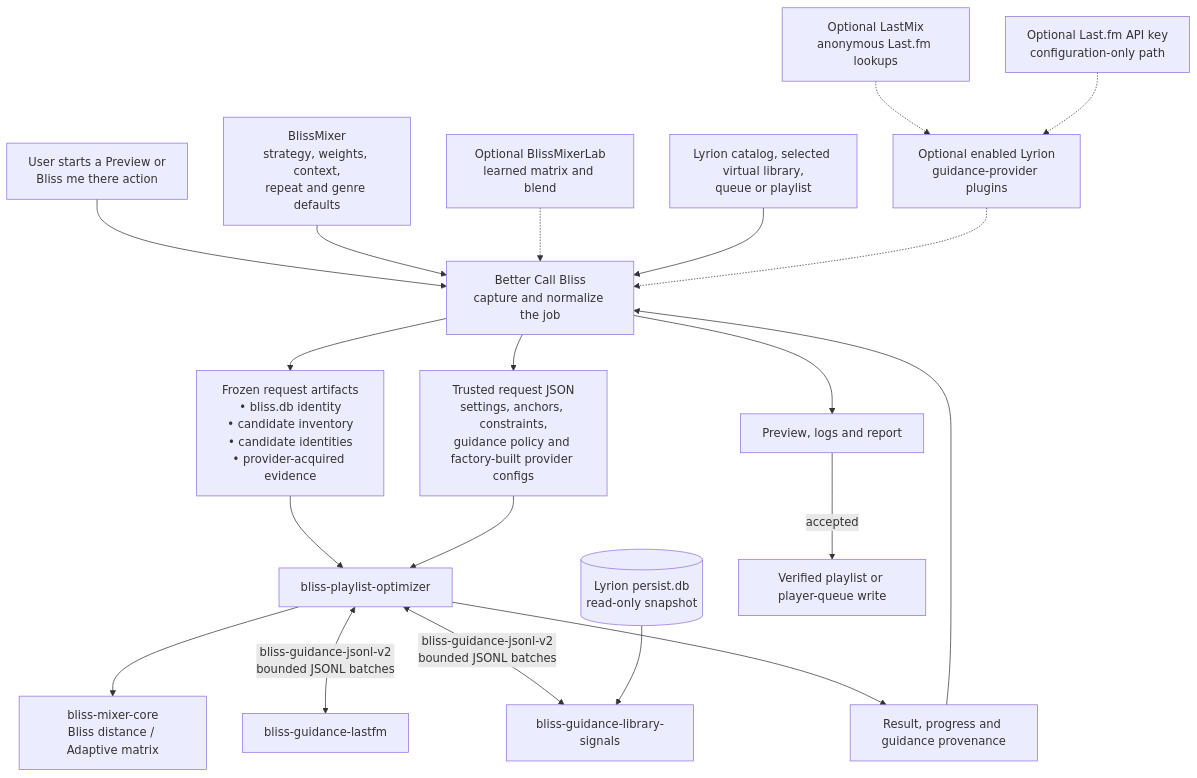
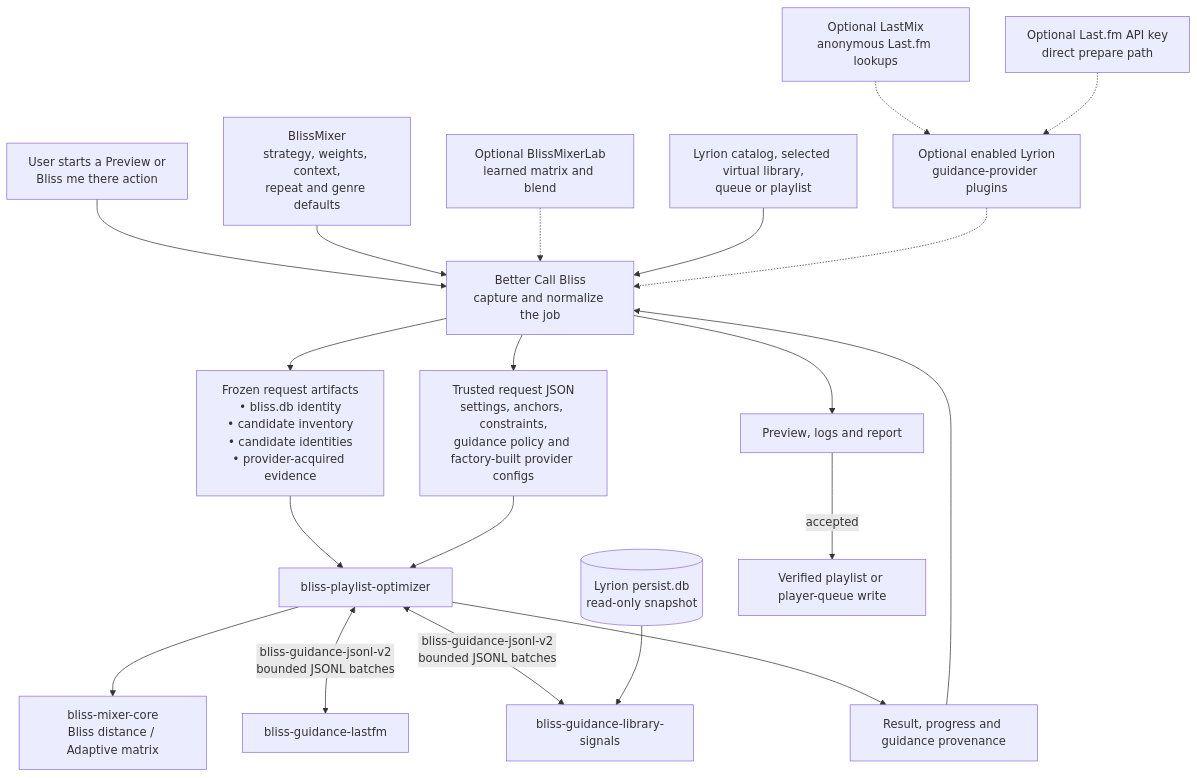
One commit to chrober/lms-better-call-bliss changed the first of 6 diagrams in docs/GUIDANCE_DATA_FLOW.md. Above: the diagram before and after it, drawn with Mermaid. The commit also changed other lines of this file and 4 other files, not shown here.

Commit message:
docs: document direct Last.fm guidance

````diff
--- a/docs/GUIDANCE_DATA_FLOW.md
+++ b/docs/GUIDANCE_DATA_FLOW.md
@@ -20,25 +20,25 @@
 ```mermaid
 flowchart TB
     U["User starts a Preview or<br/>Bliss me there action"] --> B
     BM["BlissMixer<br/>strategy, weights, context,<br/>repeat and genre defaults"] --> B["Better Call Bliss<br/>capture and normalize the job"]
     LAB["Optional BlissMixerLab<br/>learned matrix and blend"] -.-> B
     LMS["Lyrion catalog, selected virtual library,<br/>queue or playlist"] --> B
     GP["Optional enabled Lyrion<br/>guidance-provider plugins"] -.-> B
     LM["Optional LastMix<br/>anonymous Last.fm lookups"] -.-> GP
-    API["Optional Last.fm API key<br/>configuration-only path"] -.-> GP
+    API["Optional Last.fm API key<br/>direct prepare path"] -.-> GP
 
     B --> I["Frozen request artifacts<br/>• bliss.db identity<br/>• candidate inventory<br/>• candidate identities<br/>• provider-acquired evidence"]
     B --> R["Trusted request JSON<br/>settings, anchors, constraints,<br/>guidance policy and factory-built provider configs"]
     I --> O["bliss-playlist-optimizer"]
     R --> O
 
     O --> C["bliss-mixer-core<br/>Bliss distance / Adaptive matrix"]
     O <-->|"bliss-guidance-jsonl-v2<br/>bounded JSONL batches"| L["bliss-guidance-lastfm"]
     O <-->|"bliss-guidance-jsonl-v2<br/>bounded JSONL batches"| P["bliss-guidance-library-signals"]
     DB[("Lyrion persist.db<br/>read-only snapshot")] --> P
 
     O --> A["Result, progress and guidance provenance"]
     A --> B
     B --> V["Preview, logs and report"]
     V -->|"accepted"| W["Verified playlist or player-queue write"]
 ```
````
